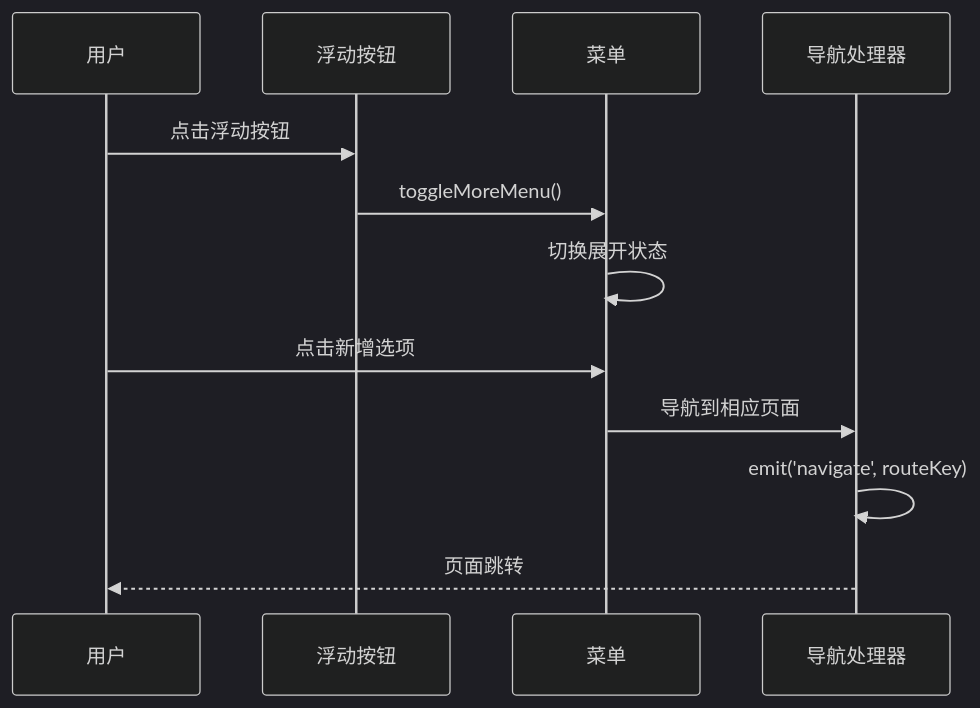
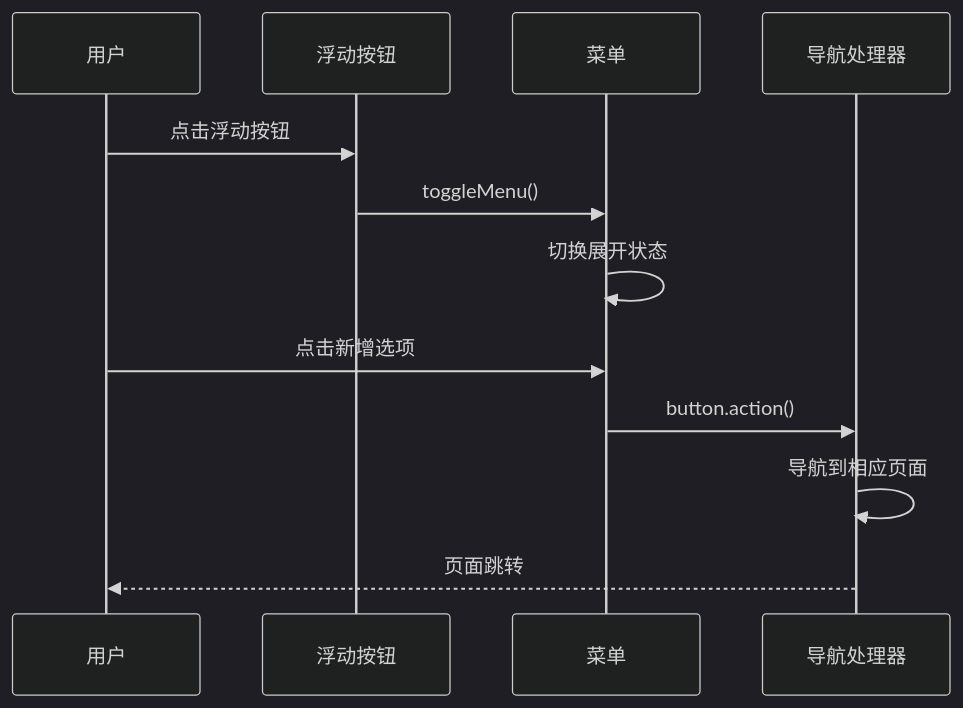
One commit to xiao-lin-unit/yuan changed the eighth of 10 diagrams in .qoder/repowiki/zh/content/资产管理/资产卡片组件.md. Above: the diagram before and after it, drawn with Mermaid (dark theme). The commit also changed other lines of this file and 14 other files, not shown here.

````diff
--- a/.qoder/repowiki/zh/content/资产管理/资产卡片组件.md
+++ b/.qoder/repowiki/zh/content/资产管理/资产卡片组件.md
@@ -286,14 +327,14 @@
 ```mermaid
 sequenceDiagram
 participant User as 用户
 participant Button as 浮动按钮
 participant Menu as 菜单
 participant Handler as 导航处理器
 User->>Button : 点击浮动按钮
-Button->>Menu : toggleMoreMenu()
+Button->>Menu : toggleMenu()
 Menu->>Menu : 切换展开状态
 User->>Menu : 点击新增选项
-Menu->>Handler : 导航到相应页面
-Handler->>Handler : emit('navigate', routeKey)
+Menu->>Handler : button.action()
+Handler->>Handler : 导航到相应页面
 Handler-->>User : 页面跳转
 ```
````
